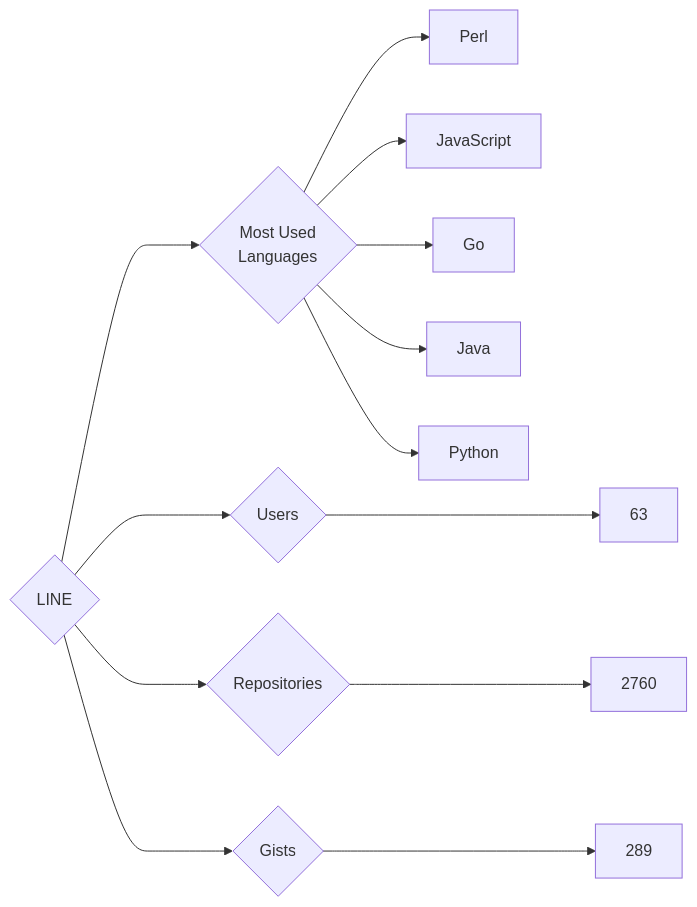
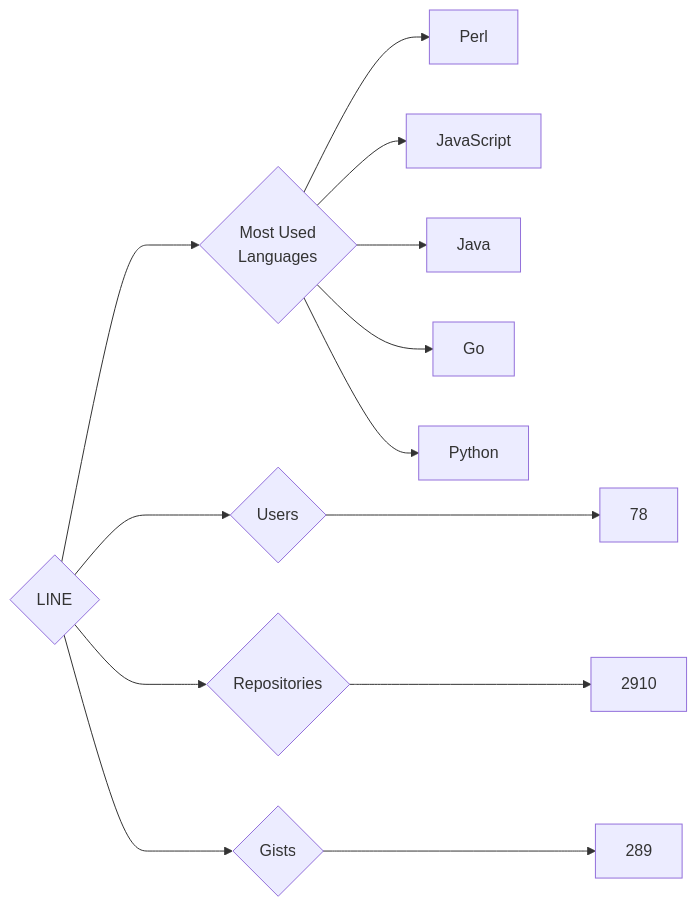
Before and after one commit to trickest/insiders: the diagram in targets/LINE/README.md, drawn with Mermaid. The commit also changed 1084 other files, not shown here.

````diff
--- a/targets/LINE/README.md
+++ b/targets/LINE/README.md
@@ -3,13 +3,13 @@
 ```mermaid
 graph LR
 COMPANY_NAME{LINE}
-COMPANY_NAME ---> U{Users} ---> UN[63]
-COMPANY_NAME ---> R{Repositories} ---> RN[2760]
+COMPANY_NAME ---> U{Users} ---> UN[78]
+COMPANY_NAME ---> R{Repositories} ---> RN[2910]
 COMPANY_NAME ---> G{Gists} ---> GN[289]
 COMPANY_NAME ---> ML{Most Used<br>Languages}
 ML --> Perl[Perl]
 ML --> JavaScript[JavaScript]
+ML --> Java[Java]
 ML --> Go[Go]
-ML --> Java[Java]
 ML --> Python[Python]
 ```
````
